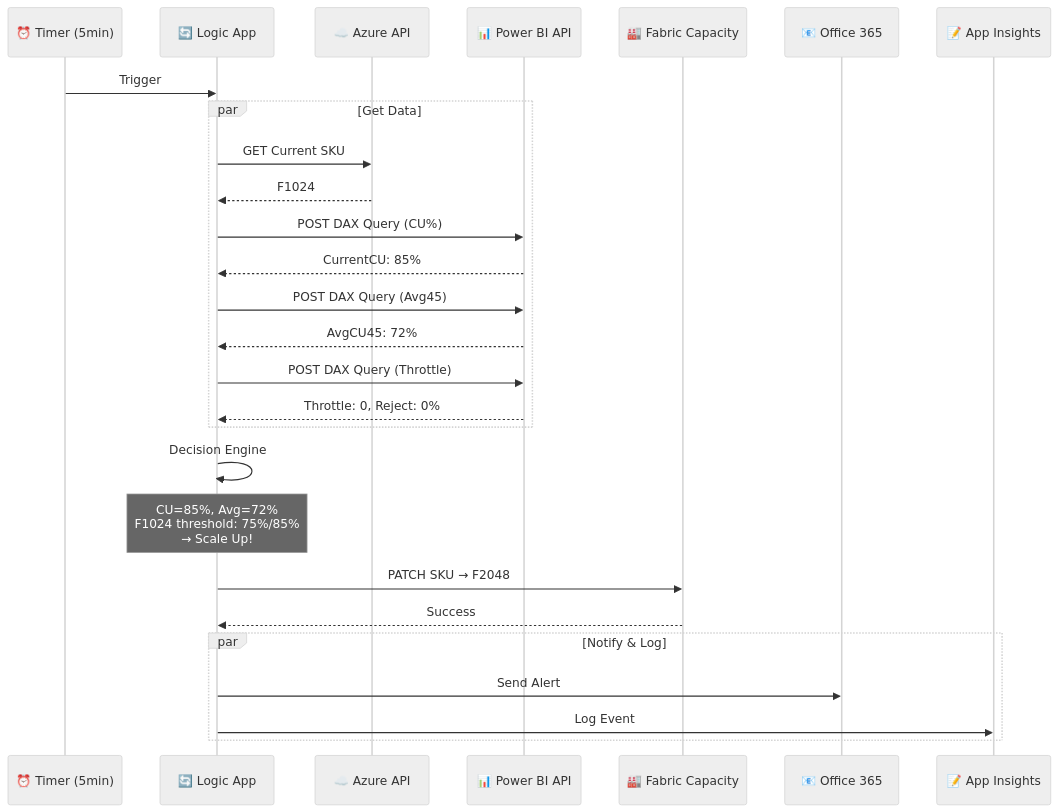
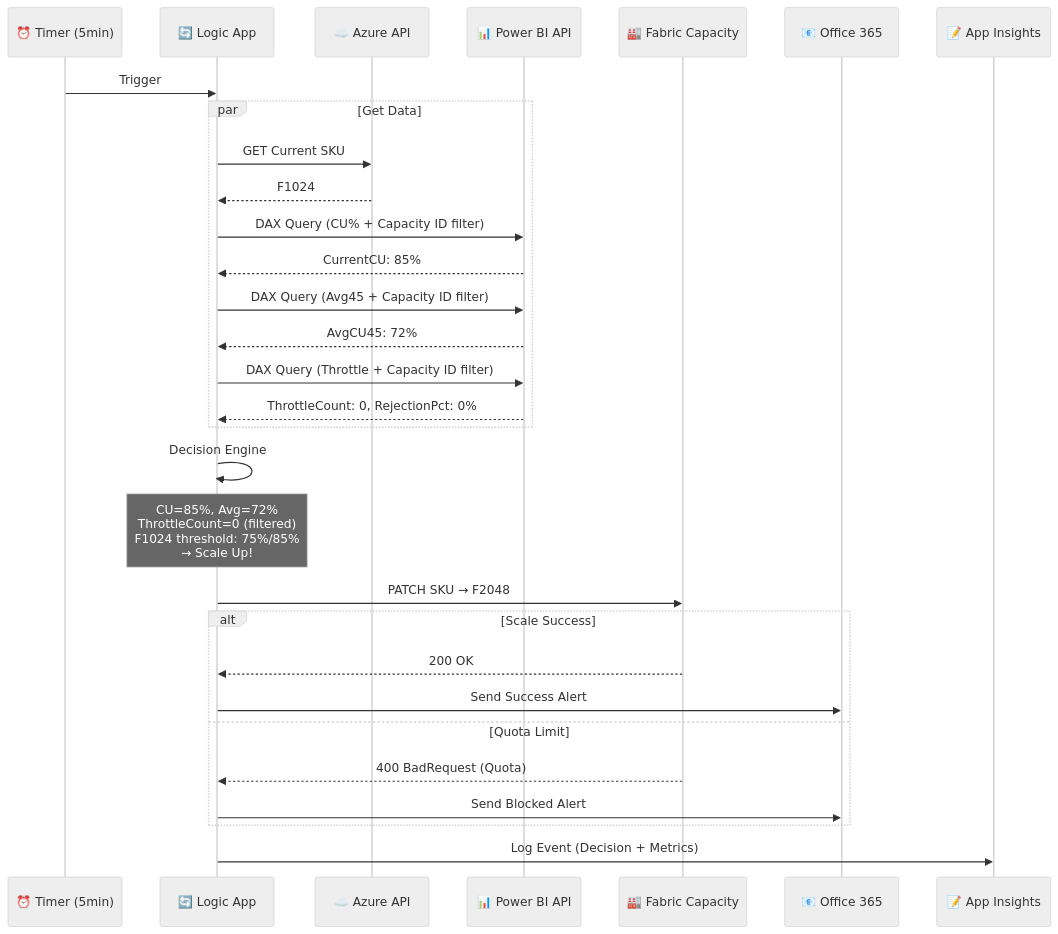
The second of 2 diagrams in README.md (Abhishek-Kraj/fabric-capacity-autoscaling), drawn with Mermaid (neutral theme) before and after one commit. The commit also changed other lines of this file, not shown here.

First line of the commit message:
docs: Update diagrams with Capacity ID filtering and graceful failure handling

````diff
--- a/README.md
+++ b/README.md
@@ -111,34 +118,37 @@
 ```mermaid
 sequenceDiagram
     participant Timer as ⏰ Timer (5min)
     participant LA as 🔄 Logic App
     participant Azure as ☁️ Azure API
     participant PBI as 📊 Power BI API
     participant Fabric as 🏭 Fabric Capacity
     participant Email as 📧 Office 365
     participant AI as 📝 App Insights
 
     Timer->>LA: Trigger
 
     par Get Data
         LA->>Azure: GET Current SKU
         Azure-->>LA: F1024
-        LA->>PBI: POST DAX Query (CU%)
+        LA->>PBI: DAX Query (CU% + Capacity ID filter)
         PBI-->>LA: CurrentCU: 85%
-        LA->>PBI: POST DAX Query (Avg45)
+        LA->>PBI: DAX Query (Avg45 + Capacity ID filter)
         PBI-->>LA: AvgCU45: 72%
-        LA->>PBI: POST DAX Query (Throttle)
-        PBI-->>LA: Throttle: 0, Reject: 0%
+        LA->>PBI: DAX Query (Throttle + Capacity ID filter)
+        PBI-->>LA: ThrottleCount: 0, RejectionPct: 0%
     end
 
     LA->>LA: Decision Engine
-    Note over LA: CU=85%, Avg=72%<br/>F1024 threshold: 75%/85%<br/>→ Scale Up!
+    Note over LA: CU=85%, Avg=72%<br/>ThrottleCount=0 (filtered)<br/>F1024 threshold: 75%/85%<br/>→ Scale Up!
 
     LA->>Fabric: PATCH SKU → F2048
-    Fabric-->>LA: Success
+    alt Scale Success
+        Fabric-->>LA: 200 OK
+        LA->>Email: Send Success Alert
+    else Quota Limit
+        Fabric-->>LA: 400 BadRequest (Quota)
+        LA->>Email: Send Blocked Alert
+    end
 
-    par Notify & Log
-        LA->>Email: Send Alert
-        LA->>AI: Log Event
-    end
+    LA->>AI: Log Event (Decision + Metrics)
 ```
````
